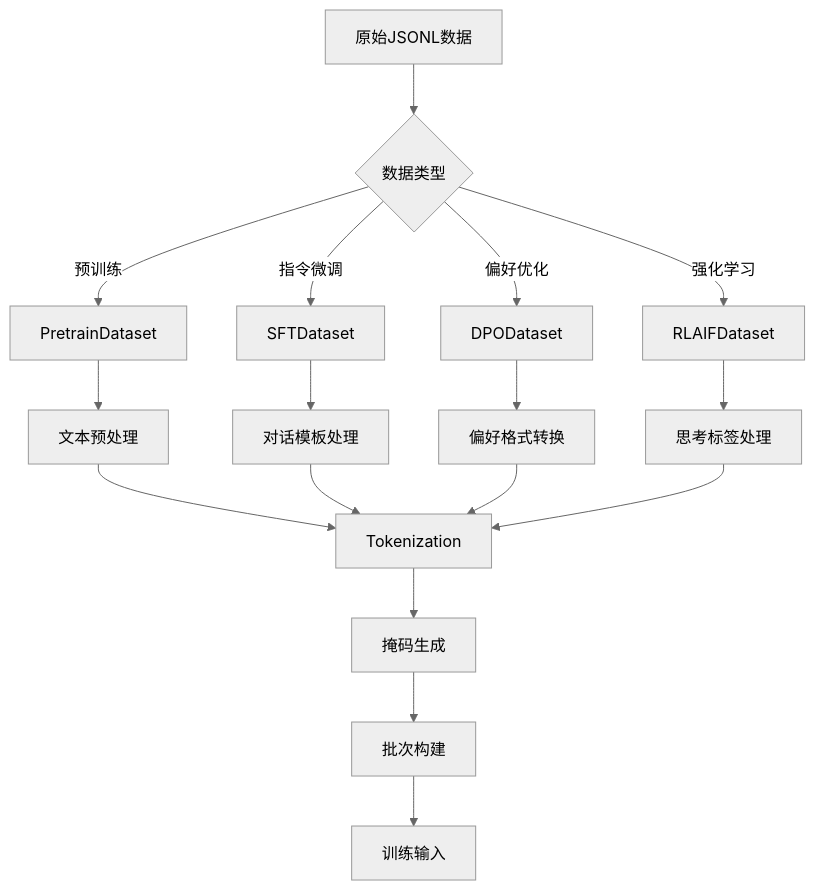
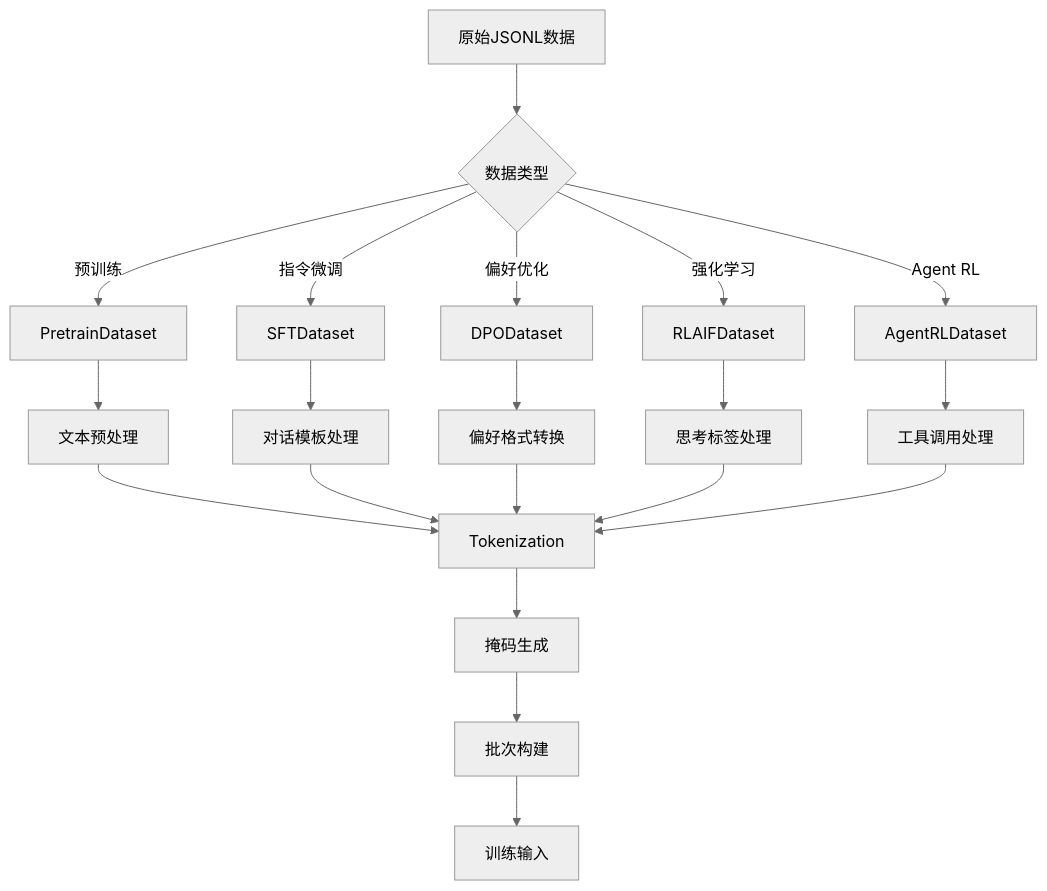
One commit to haolange/minimind changed the third of 7 diagrams in .qoder/repowiki/zh/content/项目概述/项目介绍.md. Above: the diagram before and after it, drawn with Mermaid (neutral theme). The commit also changed other lines of this file and 4 other files, not shown here.

````diff
--- a/.qoder/repowiki/zh/content/项目概述/项目介绍.md
+++ b/.qoder/repowiki/zh/content/项目概述/项目介绍.md
@@ -173,19 +198,22 @@
 ```mermaid
 flowchart TD
 A[原始JSONL数据] --> B{数据类型}
 B --> |预训练| C[PretrainDataset]
 B --> |指令微调| D[SFTDataset]
 B --> |偏好优化| E[DPODataset]
 B --> |强化学习| F[RLAIFDataset]
-C --> G[文本预处理]
-D --> H[对话模板处理]
-E --> I[偏好格式转换]
-F --> J[思考标签处理]
-G --> K[Tokenization]
-H --> K
-I --> K
-J --> K
-K --> L[掩码生成]
-L --> M[批次构建]
-M --> N[训练输入]
+B --> |Agent RL| G[AgentRLDataset]
+C --> H[文本预处理]
+D --> I[对话模板处理]
+E --> J[偏好格式转换]
+F --> K[思考标签处理]
+G --> L[工具调用处理]
+H --> M[Tokenization]
+I --> M
+J --> M
+K --> M
+L --> M
+M --> N[掩码生成]
+N --> O[批次构建]
+O --> P[训练输入]
 ```
````
